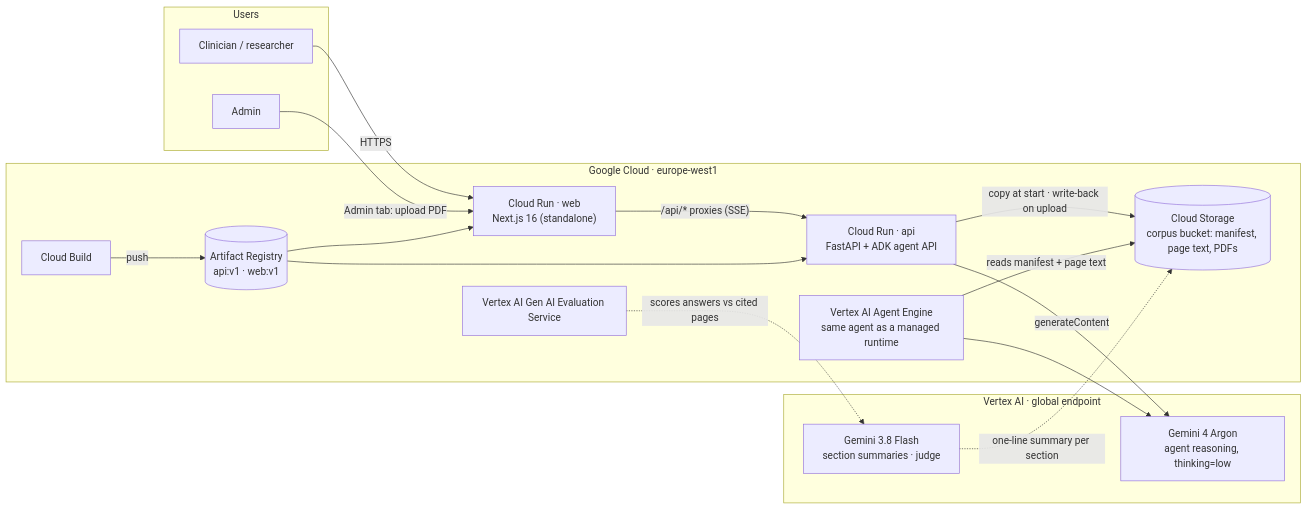
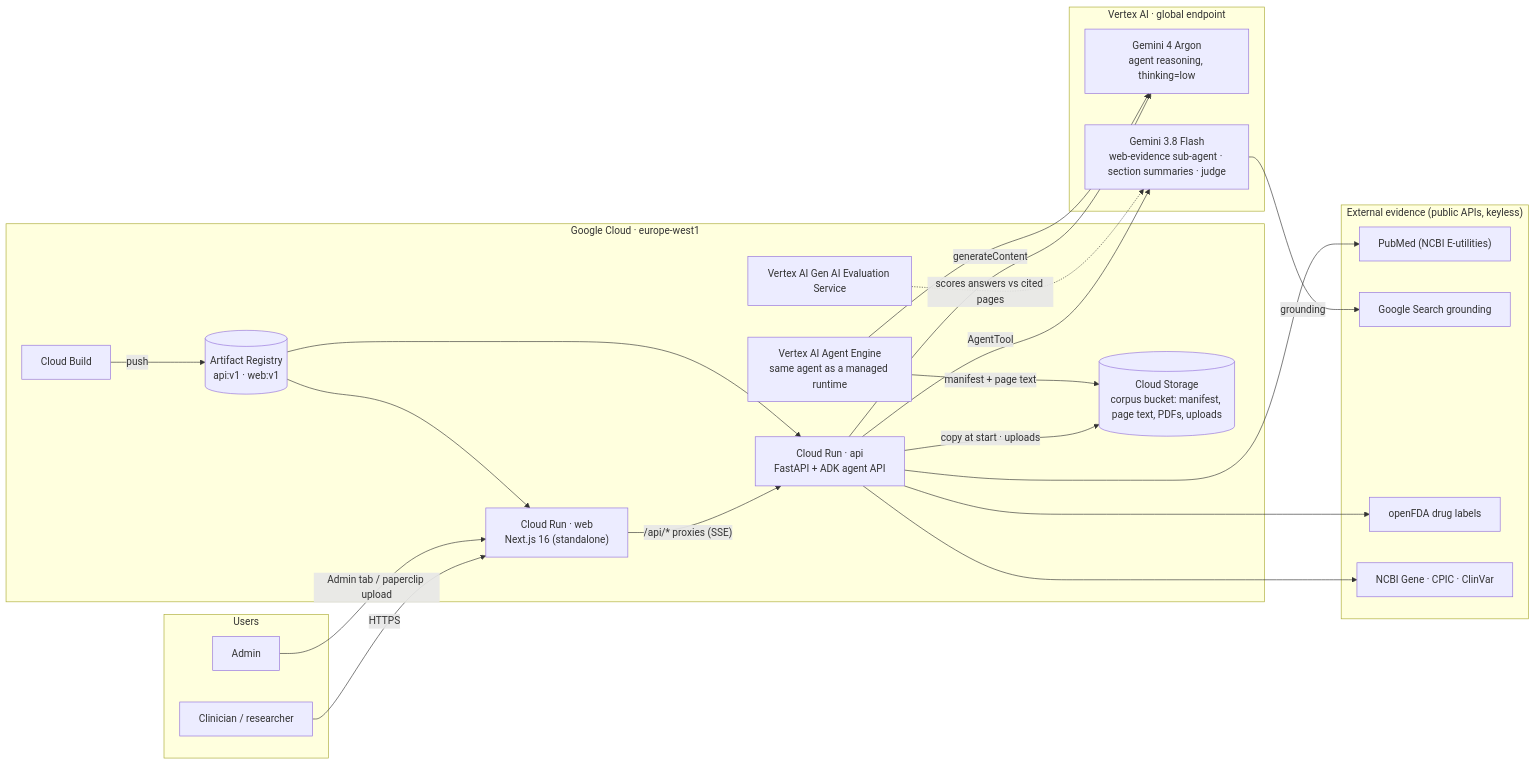
The first of 3 diagrams in README.md (Amineelfarssi/hacking-for-good-2026), drawn with Mermaid before and after one commit. The commit also changed other lines of this file, not shown here.

Commit message:
README: diagrams and tools table updated for external evidence, uploads, trail and decision flow

````diff
--- a/README.md
+++ b/README.md
@@ -19,31 +19,38 @@
 ```mermaid
 flowchart LR
     subgraph Users
         C[Clinician / researcher]
         A[Admin]
     end
     subgraph GCP["Google Cloud · europe-west1"]
         WEB["Cloud Run · web<br/>Next.js 16 (standalone)"]
         API["Cloud Run · api<br/>FastAPI + ADK agent API"]
-        BKT[("Cloud Storage<br/>corpus bucket: manifest, page text, PDFs")]
+        BKT[("Cloud Storage<br/>corpus bucket: manifest, page text, PDFs, uploads")]
         AE["Vertex AI Agent Engine<br/>same agent as a managed runtime"]
         AR[("Artifact Registry<br/>api:v1 · web:v1")]
         CB["Cloud Build"]
         EV["Vertex AI Gen AI Evaluation Service"]
     end
     subgraph Models["Vertex AI · global endpoint"]
         ARGON["Gemini 4 Argon<br/>agent reasoning, thinking=low"]
-        FLASH["Gemini 3.8 Flash<br/>section summaries · judge"]
+        FLASH["Gemini 3.8 Flash<br/>web-evidence sub-agent · section summaries · judge"]
+    end
+    subgraph External["External evidence (public APIs, keyless)"]
+        PM["PubMed (NCBI E-utilities)"]
+        GS["Google Search grounding"]
+        FDA["openFDA drug labels"]
+        GEN["NCBI Gene · CPIC · ClinVar"]
     end
     C -->|HTTPS| WEB
-    A -->|Admin tab: upload PDF| WEB
+    A -->|Admin tab / paperclip upload| WEB
     WEB -->|"/api/* proxies (SSE)"| API
-    API -->|copy at start · write-back on upload| BKT
+    API -->|copy at start · uploads| BKT
     API -->|generateContent| ARGON
-    AE -->|reads manifest + page text| BKT
+    API --> PM & FDA & GEN
+    API -->|AgentTool| FLASH -->|grounding| GS
+    AE -->|manifest + page text| BKT
     AE --> ARGON
     CB -->|push| AR --> WEB
     AR --> API
     EV -.->|scores answers vs cited pages| FLASH
-    FLASH -.->|one-line summary per section| BKT
 ```
````
